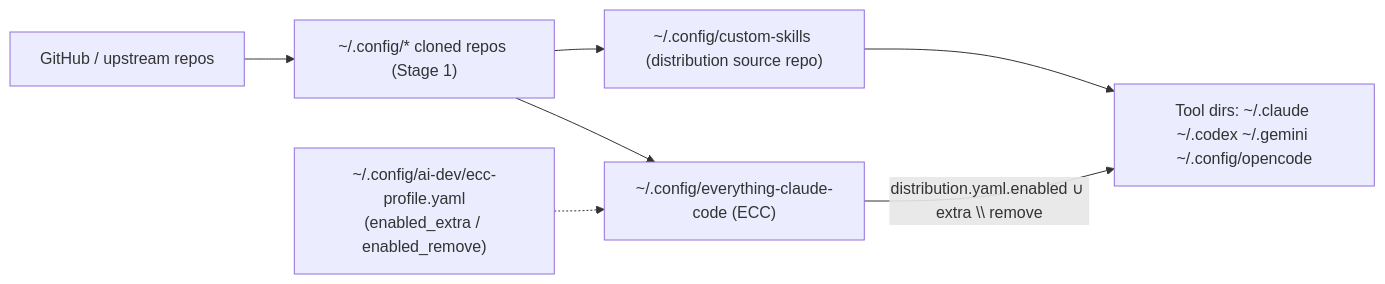
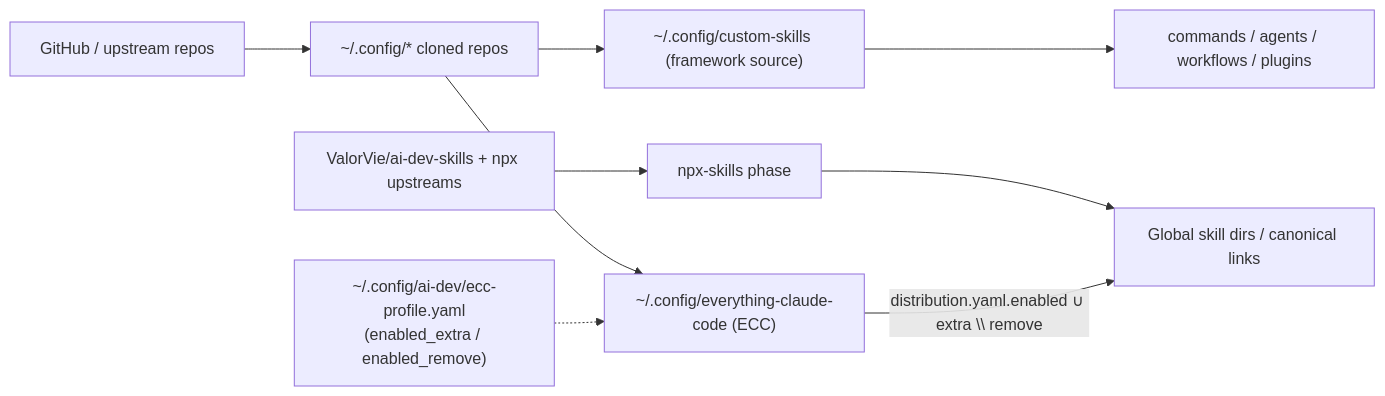
One commit to ValorVie/custom-skills changed the first of 2 diagrams in docs/ai-dev指令與資料流參考.md. Above: the diagram before and after it, drawn with Mermaid. The commit also changed other lines of this file and 145 other files, not shown here.

Commit message:
feat: 第一方 skills 改由 npx 維護

````diff
--- a/docs/ai-dev指令與資料流參考.md
+++ b/docs/ai-dev指令與資料流參考.md
@@ -69,9 +69,11 @@
 ```mermaid
 flowchart LR
-    A["GitHub / upstream repos"] --> B["~/.config/* cloned repos (Stage 1)"]
-    B --> C["~/.config/custom-skills (distribution source repo)"]
-    C --> D["Tool dirs: ~/.claude ~/.codex ~/.gemini ~/.config/opencode"]
+    A["GitHub / upstream repos"] --> B["~/.config/* cloned repos"]
+    S["ValorVie/ai-dev-skills + npx upstreams"] --> N["npx-skills phase"]
+    N --> D["Global skill dirs / canonical links"]
+    B --> C["~/.config/custom-skills (framework source)"]
+    C --> D2["commands / agents / workflows / plugins"]
     B --> G["~/.config/everything-claude-code (ECC)"]
     H["~/.config/ai-dev/ecc-profile.yaml<br/>(enabled_extra / enabled_remove)"] -.-> G
     G -->|"distribution.yaml.enabled ∪ extra \\ remove"| D
 ```
````
